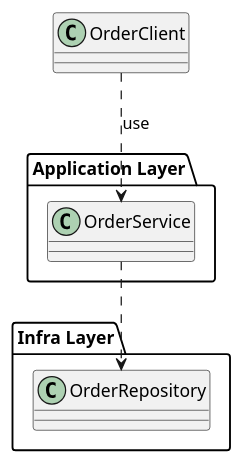
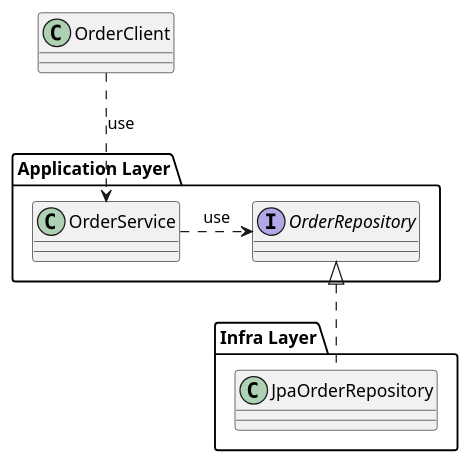
Before and after one commit to autumn-sun91/toby-spring-in-action: the diagram in content/order.puml, drawn with PlantUML. The commit also changed 8 other files, not shown here.

```diff
--- a/content/order.puml
+++ b/content/order.puml
@@ -1,18 +1,20 @@
 @startuml
 'https://plantuml.com/class-diagram
 
 class OrderClient
 
 package "Application Layer" {
     class OrderService
+    interface OrderRepository
 }
 
 package "Infra Layer" {
-    class OrderRepository
+    class JpaOrderRepository
 }
 
 OrderClient .down.> OrderService: use
-OrderService .down.> OrderRepository
+OrderService .right.> OrderRepository: use
+JpaOrderRepository .up.|> OrderRepository
 
 
 @enduml
```
